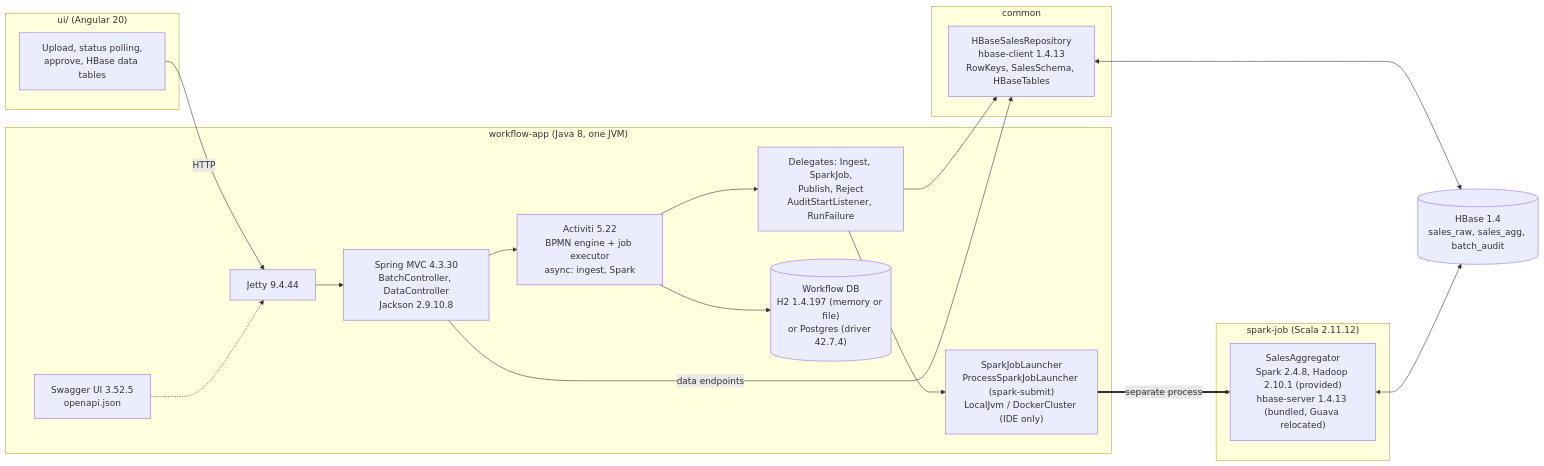
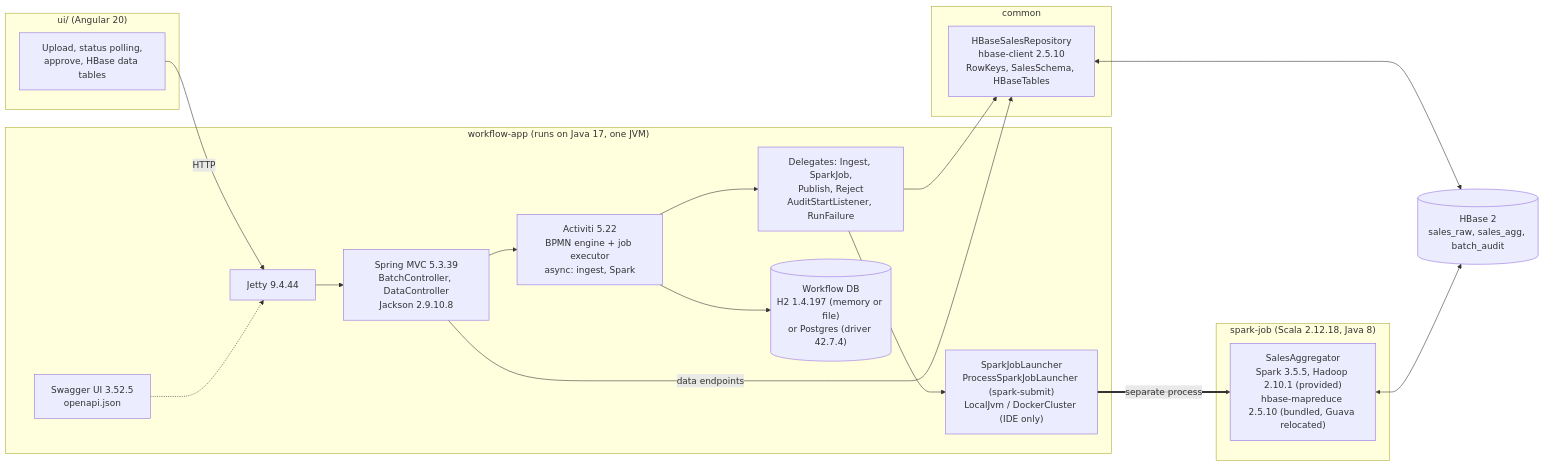
One commit to ankursingh119/javapoc1.8 changed the third of 10 diagrams in latest-ARCHITECTURE.md. Above: the diagram before and after it, drawn with Mermaid. The commit also changed other lines of this file and 7 other files, not shown here.

Commit message:
SBJ17-14: Build - documents and diagrams name today's versions and the move off EMR 5.36

````diff
--- a/latest-ARCHITECTURE.md
+++ b/latest-ARCHITECTURE.md
@@ -94,38 +98,38 @@
 ```mermaid
 flowchart LR
     subgraph UIM["ui/ (Angular 20)"]
         UI["Upload, status polling,<br/>approve, HBase data tables"]
     end
 
-    subgraph APPM["workflow-app (Java 8, one JVM)"]
+    subgraph APPM["workflow-app (runs on Java 17, one JVM)"]
         JET["Jetty 9.4.44"]
-        MVC["Spring MVC 4.3.30<br/>BatchController, DataController<br/>Jackson 2.9.10.8"]
+        MVC["Spring MVC 5.3.39<br/>BatchController, DataController<br/>Jackson 2.9.10.8"]
         ACT["Activiti 5.22<br/>BPMN engine + job executor<br/>async: ingest, Spark"]
         DEL["Delegates: Ingest, SparkJob,<br/>Publish, Reject<br/>AuditStartListener, RunFailure"]
         LAUNCH["SparkJobLauncher<br/>ProcessSparkJobLauncher (spark-submit)<br/>LocalJvm / DockerCluster (IDE only)"]
         SWG["Swagger UI 3.52.5<br/>openapi.json"]
         DBS[("Workflow DB<br/>H2 1.4.197 (memory or file)<br/>or Postgres (driver 42.7.4)")]
     end
 
     subgraph COMM["common"]
-        REPO["HBaseSalesRepository<br/>hbase-client 1.4.13<br/>RowKeys, SalesSchema, HBaseTables"]
+        REPO["HBaseSalesRepository<br/>hbase-client 2.5.10<br/>RowKeys, SalesSchema, HBaseTables"]
     end
 
-    subgraph SPM["spark-job (Scala 2.11.12)"]
-        AGG["SalesAggregator<br/>Spark 2.4.8, Hadoop 2.10.1 (provided)<br/>hbase-server 1.4.13 (bundled, Guava relocated)"]
+    subgraph SPM["spark-job (Scala 2.12.18, Java 8)"]
+        AGG["SalesAggregator<br/>Spark 3.5.5, Hadoop 2.10.1 (provided)<br/>hbase-mapreduce 2.5.10 (bundled, Guava relocated)"]
     end
 
-    HB[("HBase 1.4<br/>sales_raw, sales_agg, batch_audit")]
+    HB[("HBase 2<br/>sales_raw, sales_agg, batch_audit")]
 
     UI -->|"HTTP"| JET --> MVC
     SWG -.-> JET
     MVC --> ACT
     ACT --> DBS
     ACT --> DEL
     DEL --> REPO
     DEL --> LAUNCH
     MVC -->|"data endpoints"| REPO
     LAUNCH ==>|"separate process"| AGG
     REPO <--> HB
     AGG <--> HB
 ```
````
